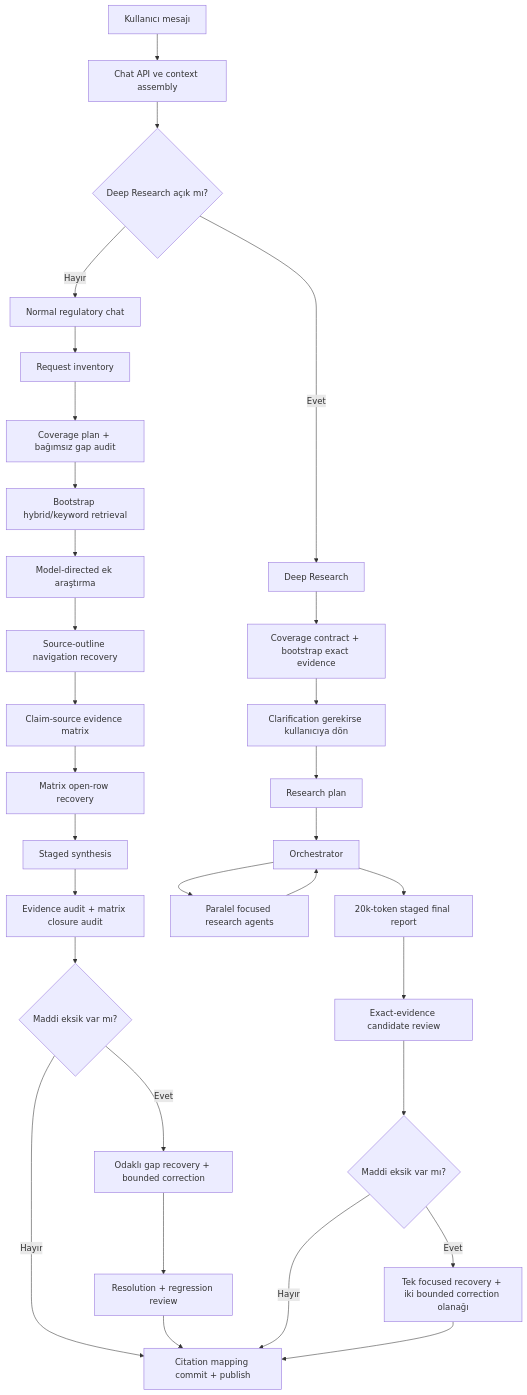
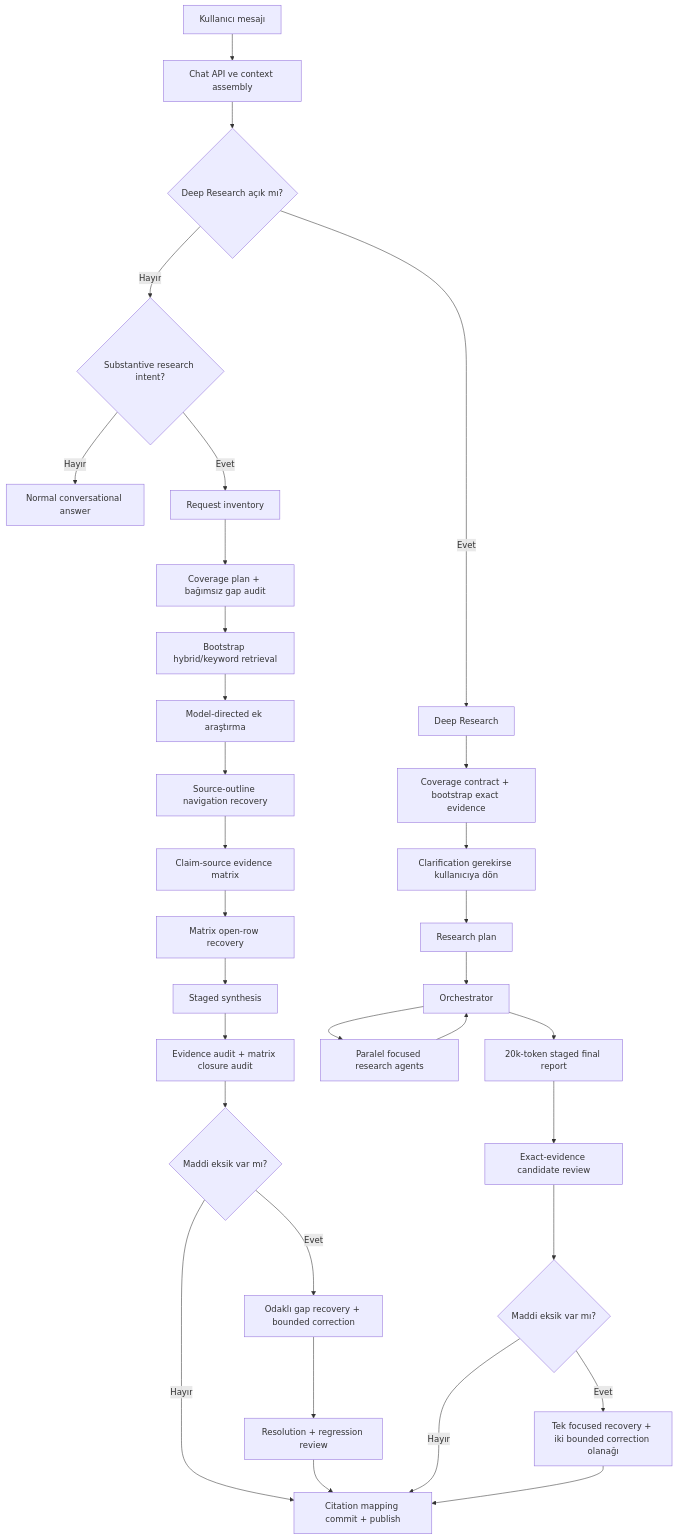
One commit to atezsoftware/customs-regulations-chatbot changed the first of 3 diagrams in docs/deep-research-workflow.md. Above: the diagram before and after it, drawn with Mermaid. The commit also changed other lines of this file and 2 other files, not shown here.

Commit message:
fix: bypass regulatory research for social turns

````diff
--- a/docs/deep-research-workflow.md
+++ b/docs/deep-research-workflow.md
@@ -48,35 +48,36 @@
 ```mermaid
 flowchart TD
     U["Kullanıcı mesajı"] --> API["Chat API ve context assembly"]
     API --> MODE{"Deep Research açık mı?"}
 
-    MODE -->|Hayır| N0["Normal regulatory chat"]
-    N0 --> N1["Request inventory"]
+    MODE -->|Hayır| N0{"Substantive research intent?"}
+    N0 -->|Hayır| TALK["Normal conversational answer"]
+    N0 -->|Evet| N1["Request inventory"]
     N1 --> N2["Coverage plan + bağımsız gap audit"]
     N2 --> N3["Bootstrap hybrid/keyword retrieval"]
     N3 --> N4["Model-directed ek araştırma"]
     N4 --> N5["Source-outline navigation recovery"]
     N5 --> N6["Claim-source evidence matrix"]
     N6 --> N7["Matrix open-row recovery"]
     N7 --> N8["Staged synthesis"]
     N8 --> N9["Evidence audit + matrix closure audit"]
     N9 --> N10{"Maddi eksik var mı?"}
     N10 -->|Evet| N11["Odaklı gap recovery + bounded correction"]
     N11 --> N12["Resolution + regression review"]
     N10 -->|Hayır| PUB["Citation mapping commit + publish"]
     N12 --> PUB
 
     MODE -->|Evet| D0["Deep Research"]
     D0 --> D1["Coverage contract + bootstrap exact evidence"]
     D1 --> D2["Clarification gerekirse kullanıcıya dön"]
     D2 --> D3["Research plan"]
     D3 --> D4["Orchestrator"]
     D4 --> D5["Paralel focused research agents"]
     D5 --> D4
     D4 --> D6["20k-token staged final report"]
     D6 --> D7["Exact-evidence candidate review"]
     D7 --> D8{"Maddi eksik var mı?"}
     D8 -->|Evet| D9["Tek focused recovery + iki bounded correction olanağı"]
     D8 -->|Hayır| PUB
     D9 --> PUB
 ```
````
